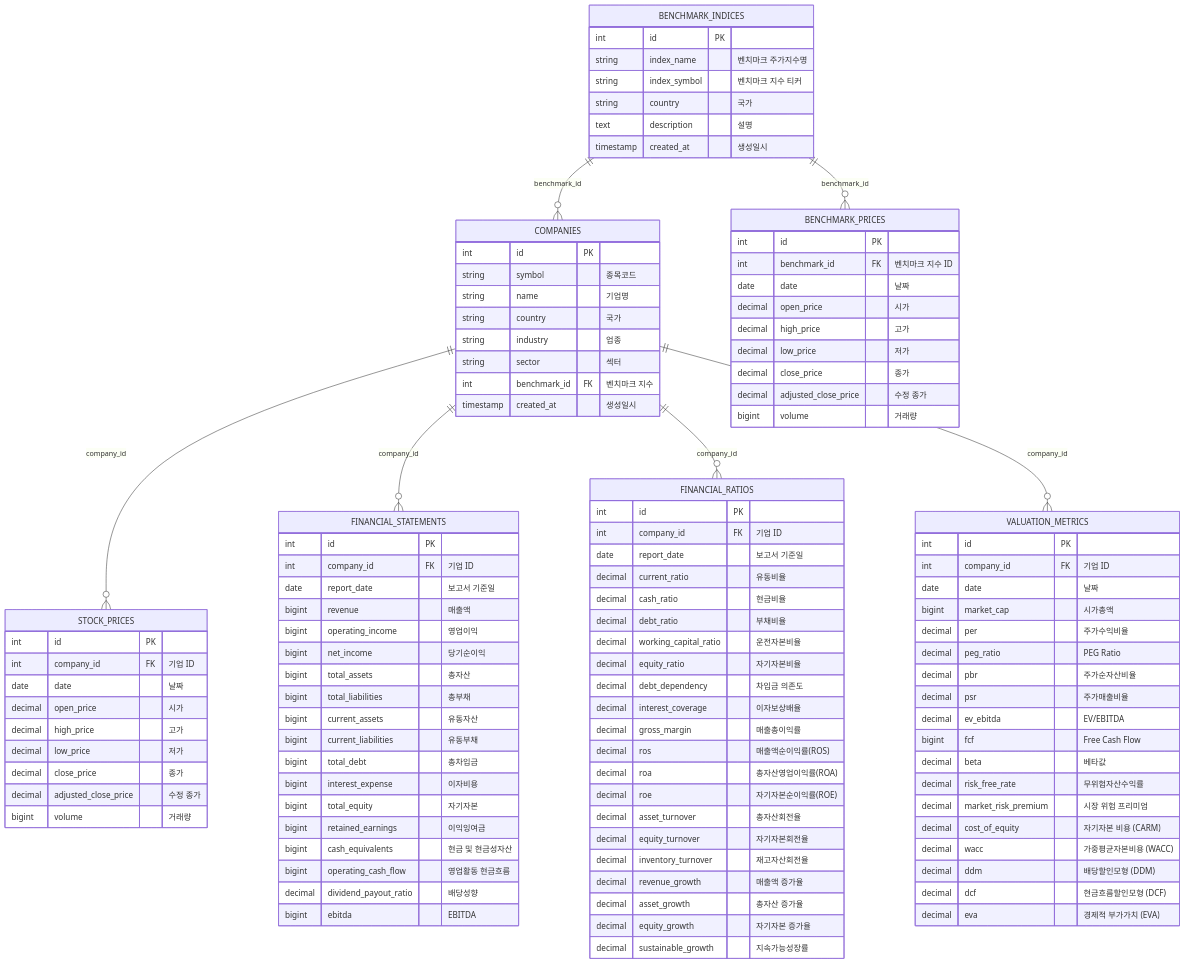
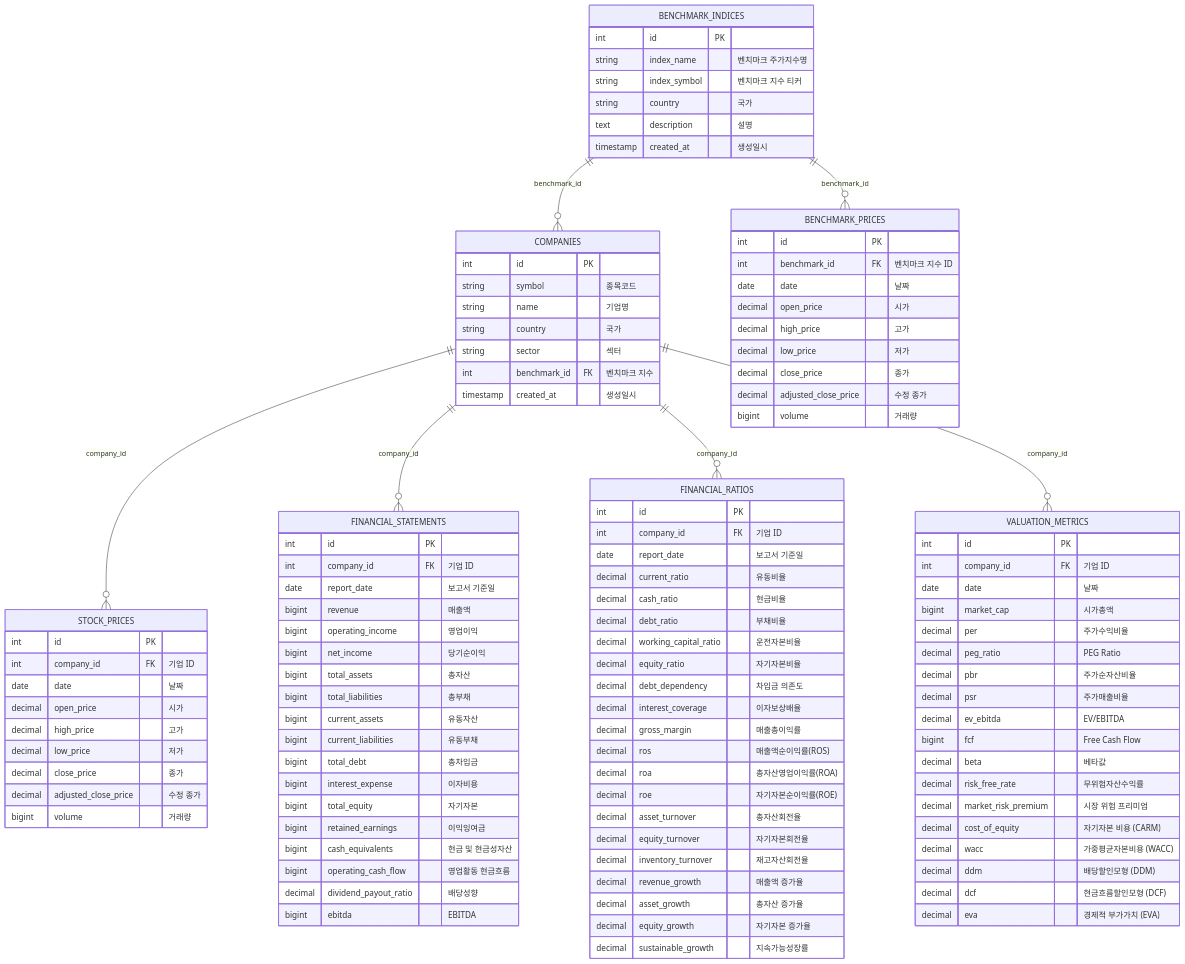
One commit to Donggyu-Kim1/stock_data changed the diagram in README.md. Above: the diagram before and after it, drawn with Mermaid. The commit also changed other lines of this file and 5 other files, not shown here.

```diff
--- a/README.md
+++ b/README.md
@@ -150,7 +149,6 @@
         string symbol "종목코드"
         string name "기업명"
         string country "국가"
-        string industry "업종"
         string sector "섹터"
         int benchmark_id FK "벤치마크 지수"
         timestamp created_at "생성일시"
```
